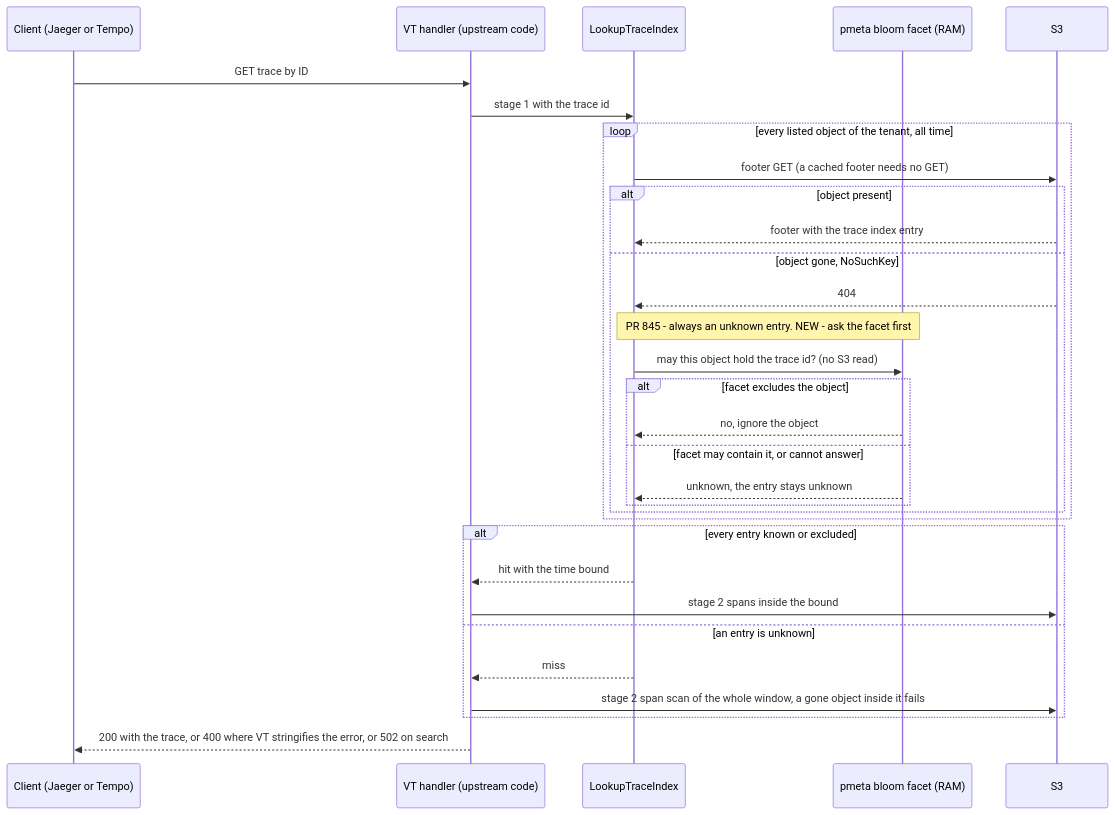
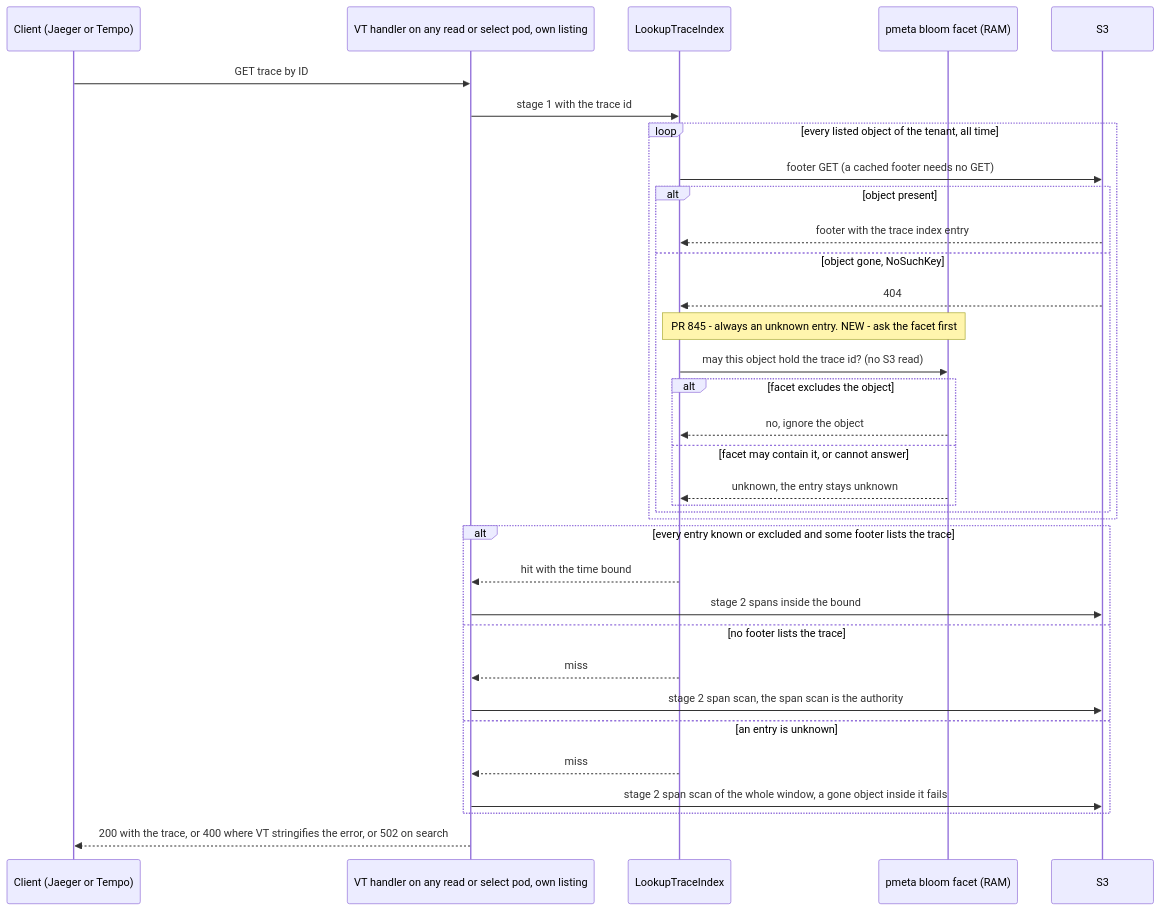
The second of 4 diagrams in docs/read-path.md (ReliablyObserve/victoria-lakehouse), drawn with Mermaid before and after one commit. The commit also changed other lines of this file and 7 other files, not shown here.

Commit message:
fix(query): review round 2 of the gone-object follow-up: logs cell wording, citations, facet tests, diagrams (#772)

````diff
--- a/docs/read-path.md
+++ b/docs/read-path.md
@@ -303,33 +303,36 @@
 ```mermaid
 sequenceDiagram
     participant C as Client (Jaeger or Tempo)
-    participant H as VT handler (upstream code)
+    participant H as VT handler on any read or select pod, own listing
     participant L as LookupTraceIndex
     participant F as pmeta bloom facet (RAM)
     participant S as S3
     C->>H: GET trace by ID
     H->>L: stage 1 with the trace id
     loop every listed object of the tenant, all time
         L->>S: footer GET (a cached footer needs no GET)
         alt object present
             S-->>L: footer with the trace index entry
         else object gone, NoSuchKey
             S-->>L: 404
             Note over L,F: PR 845 - always an unknown entry. NEW - ask the facet first
             L->>F: may this object hold the trace id? (no S3 read)
             alt facet excludes the object
                 F-->>L: no, ignore the object
             else facet may contain it, or cannot answer
                 F-->>L: unknown, the entry stays unknown
             end
         end
     end
-    alt every entry known or excluded
+    alt every entry known or excluded and some footer lists the trace
         L-->>H: hit with the time bound
         H->>S: stage 2 spans inside the bound
+    else no footer lists the trace
+        L-->>H: miss
+        H->>S: stage 2 span scan, the span scan is the authority
     else an entry is unknown
         L-->>H: miss
         H->>S: stage 2 span scan of the whole window, a gone object inside it fails
     end
     H-->>C: 200 with the trace, or 400 where VT stringifies the error, or 502 on search
 ```
````
